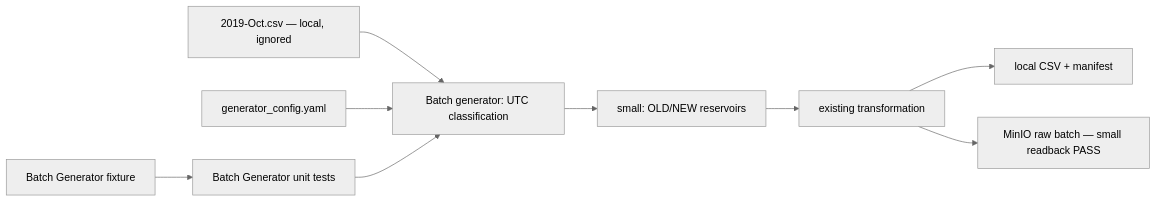
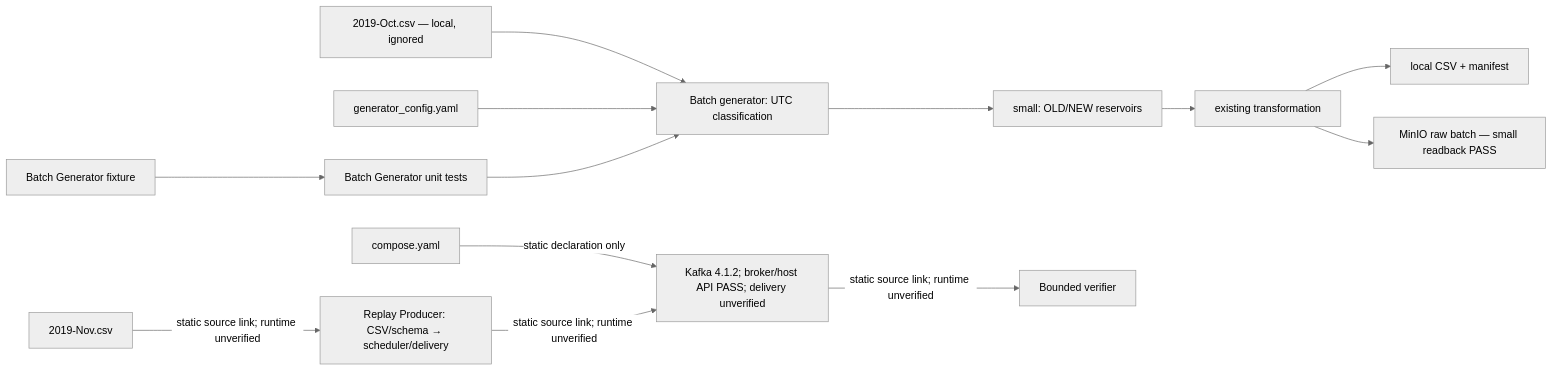
One commit to nhannhan2201/ecom_ML_system- changed the diagram in CURRENT_IMPLEMENTATION.md. Above: the diagram before and after it, drawn with Mermaid (neutral theme). The commit also changed other lines of this file and 11 other files, not shown here.

Commit message:
feat: implement bounded Kafka replay with event-time fault injection

````diff
--- a/CURRENT_IMPLEMENTATION.md
+++ b/CURRENT_IMPLEMENTATION.md
@@ -22,9 +26,13 @@
 ```mermaid
 flowchart LR
   CSV["2019-Oct.csv — local, ignored"] --> CLASS["Batch generator: UTC classification"]
   CFG["generator_config.yaml"] --> CLASS
   CLASS --> SAMPLE["small: OLD/NEW reservoirs"] --> TRANS["existing transformation"]
   TRANS --> LOCAL["local CSV + manifest"]
   TRANS --> RAW["MinIO raw batch — small readback PASS"]
+  COMPOSE["compose.yaml"] -->|"static declaration only"| K["Kafka 4.1.2; broker/host API PASS; delivery unverified"]
+  NOV["2019-Nov.csv"] -->|"static source link; runtime unverified"| RP["Replay Producer: CSV/schema → scheduler/delivery"]
+  RP -->|"static source link; runtime unverified"| K
+  K -->|"static source link; runtime unverified"| READBACK["Bounded verifier"]
   FIX["Batch Generator fixture"] --> TEST["Batch Generator unit tests"] --> CLASS
 ```
````
